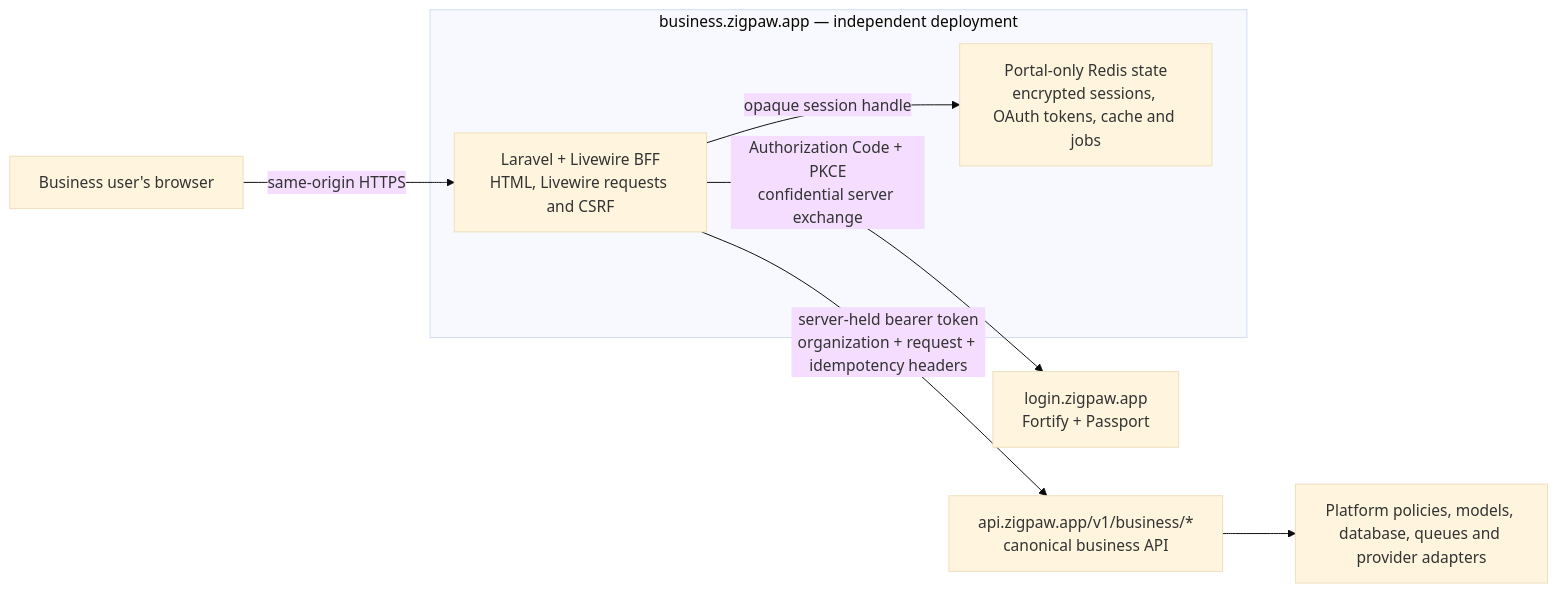
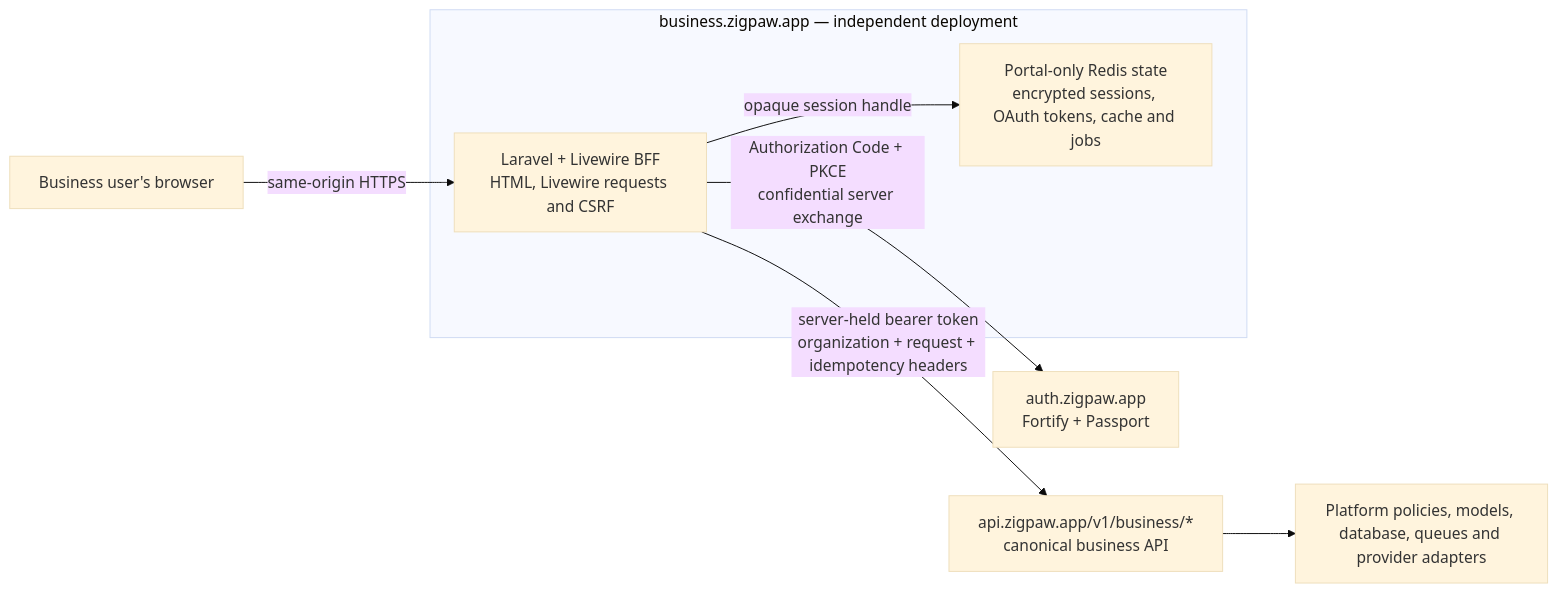
One commit to boreanis/zigpaw-business changed the third of 4 diagrams in README.md. Above: the diagram before and after it, drawn with Mermaid (base theme). The commit also changed other lines of this file and 38 other files, not shown here.

````diff
--- a/README.md
+++ b/README.md
@@ -64,19 +79,19 @@
 ```mermaid
 flowchart LR
     Browser["Business user's browser"]
 
     subgraph BusinessOrigin["business.zigpaw.app — independent deployment"]
         UI["Laravel + Livewire BFF<br/>HTML, Livewire requests and CSRF"]
         LocalState["Portal-only Redis state<br/>encrypted sessions, OAuth tokens, cache and jobs"]
         UI -->|"opaque session handle"| LocalState
     end
 
-    Identity["login.zigpaw.app<br/>Fortify + Passport"]
+    Identity["auth.zigpaw.app<br/>Fortify + Passport"]
     API["api.zigpaw.app/v1/business/*<br/>canonical business API"]
     Platform["Platform policies, models, database, queues and provider adapters"]
 
     Browser -->|"same-origin HTTPS"| UI
     UI -->|"Authorization Code + PKCE<br/>confidential server exchange"| Identity
     UI -->|"server-held bearer token<br/>organization + request + idempotency headers"| API
     API --> Platform
 ```
````
